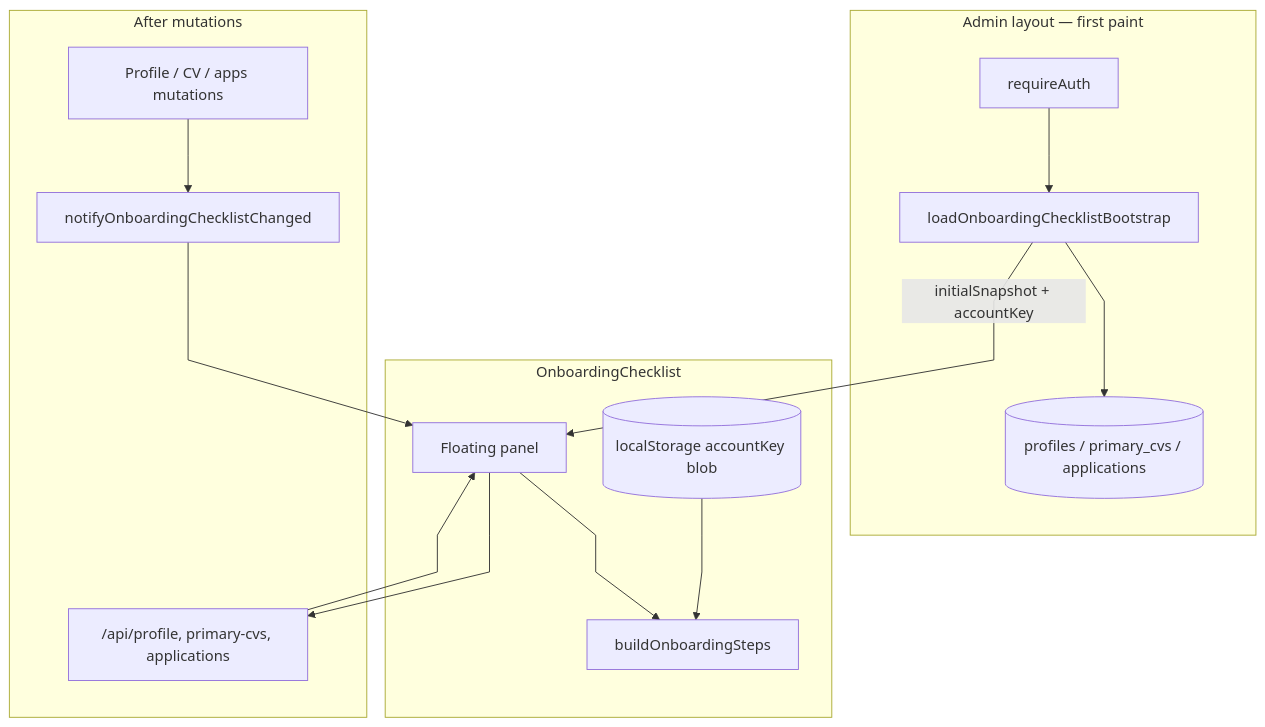
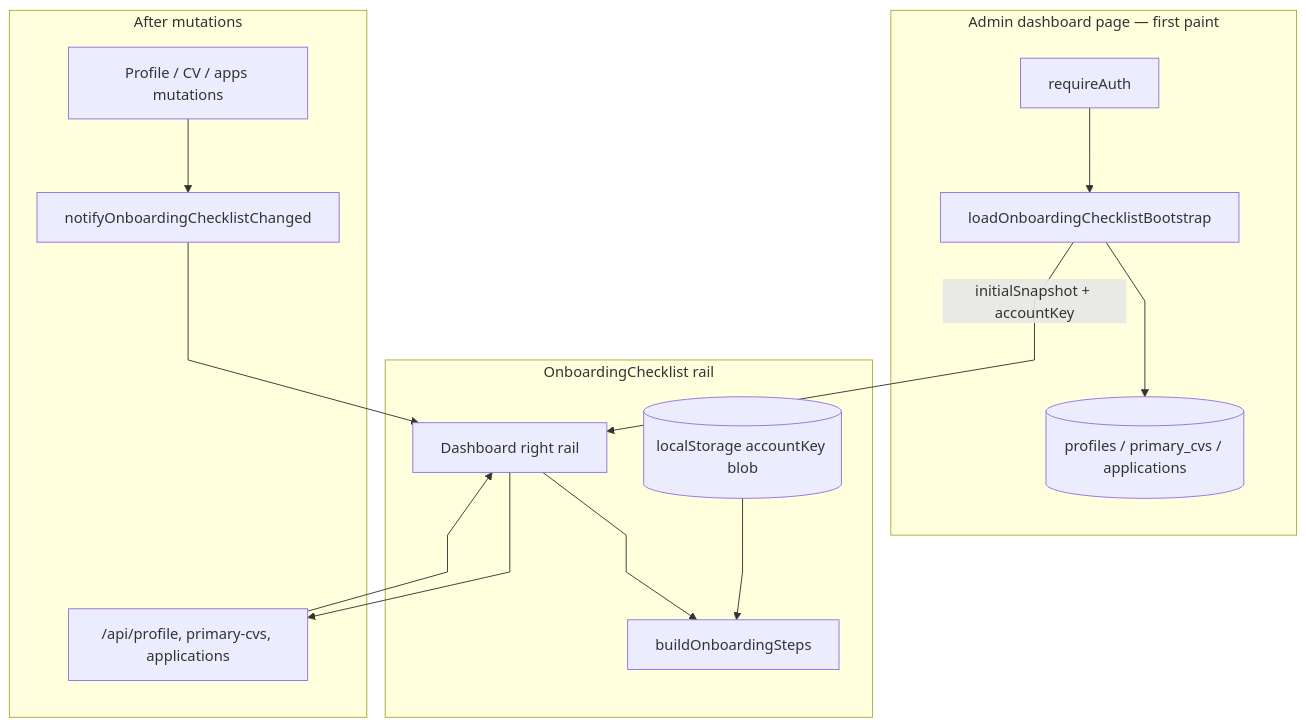
The first of 4 diagrams in docs/architecture/DATA_FLOW_ONBOARDING_CHECKLIST.md (joan-gerard/my-hire-view), drawn with Mermaid before and after one commit. The commit also changed other lines of this file and 17 other files, not shown here.

Commit message:
add a dashboard right rail with search, getting started, status counts, and sticky day labels

````diff
--- a/docs/architecture/DATA_FLOW_ONBOARDING_CHECKLIST.md
+++ b/docs/architecture/DATA_FLOW_ONBOARDING_CHECKLIST.md
@@ -32,30 +32,30 @@
 ```mermaid
 %%{init: {'flowchart': {'rankSpacing': 80, 'nodeSpacing': 40, 'curve': 'linear'}}}%%
 flowchart TB
-  subgraph Server[Admin layout — first paint]
+  subgraph Server[Admin dashboard page — first paint]
     Auth[requireAuth]
     Boot[loadOnboardingChecklistBootstrap]
     DB[(profiles / primary_cvs / applications)]
     Auth --> Boot
     Boot --> DB
   end
 
-  subgraph Client[OnboardingChecklist]
-    UI[Floating panel]
+  subgraph Client[OnboardingChecklist rail]
+    UI[Dashboard right rail]
     Prefs[(localStorage accountKey blob)]
     Build[buildOnboardingSteps]
     Boot -->|initialSnapshot + accountKey| UI
     Prefs --> Build
     UI --> Build
   end
 
   subgraph Later[After mutations]
     Forms[Profile / CV / apps mutations]
     Evt[notifyOnboardingChecklistChanged]
     APIs["/api/profile, primary-cvs, applications"]
     Forms --> Evt
     Evt --> UI
     UI --> APIs
     APIs --> UI
   end
 ```
````
